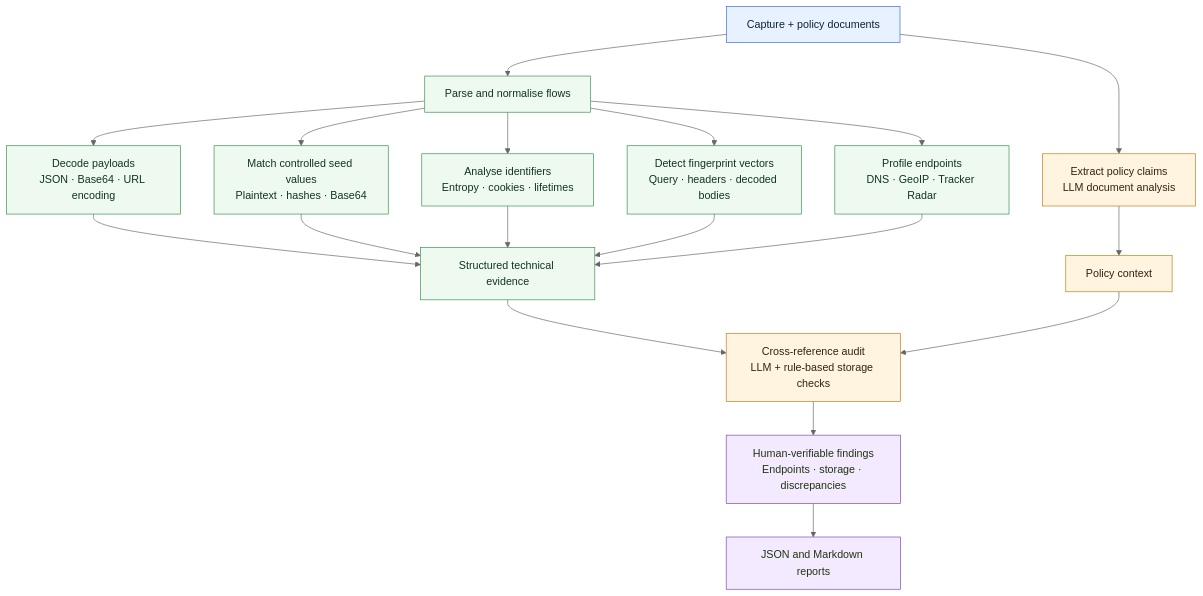
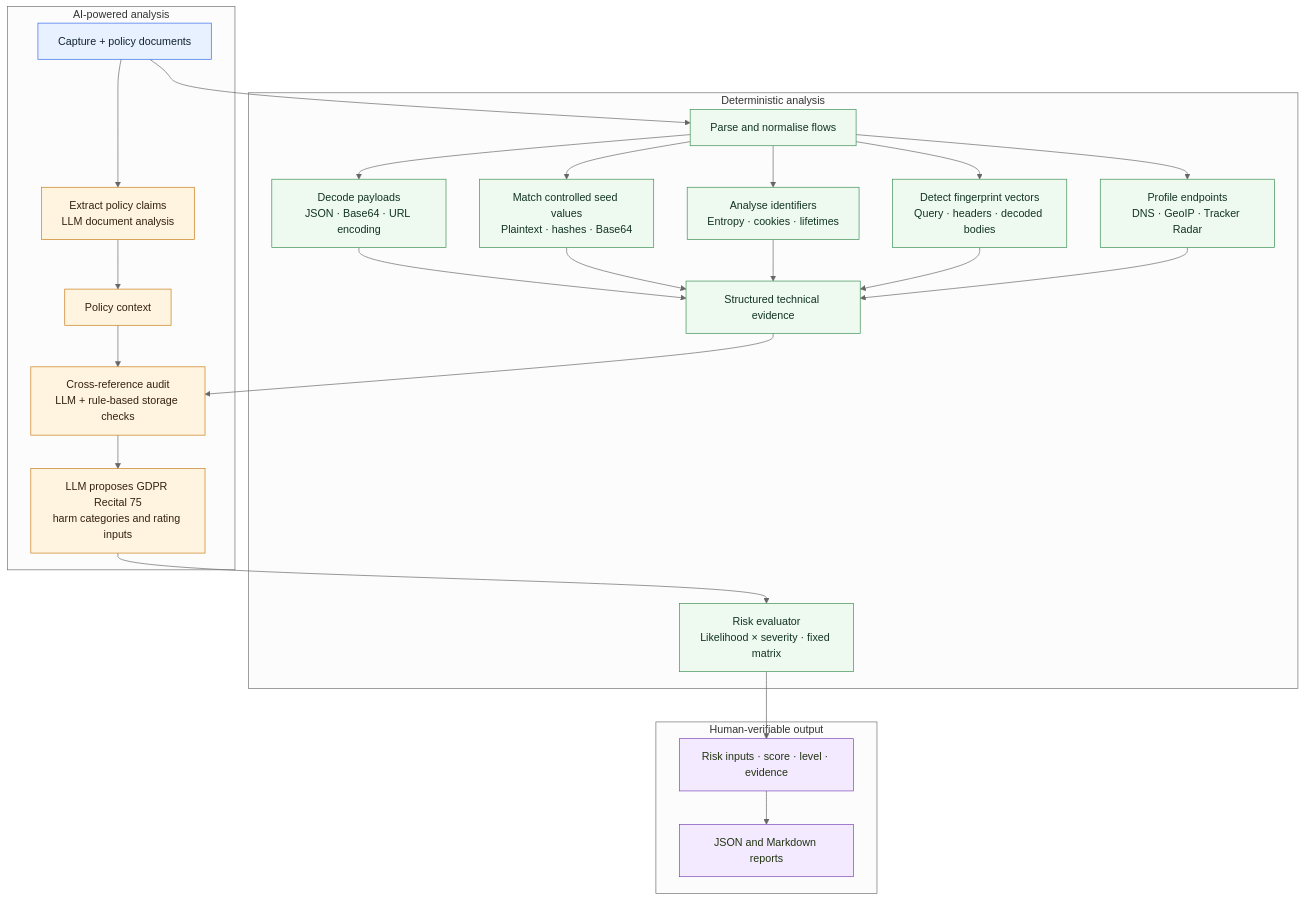
One commit to RillJ/data-flow-analyser changed the diagram in README.md. Above: the diagram before and after it, drawn with Mermaid (neutral theme). The commit also changed other lines of this file and 7 other files, not shown here.

Commit message:
Deterministic AI-powered risk eval, UX improvements

````diff
--- a/README.md
+++ b/README.md
@@ -170,34 +206,45 @@
 ```mermaid
 flowchart TD
     A["Capture + policy documents"] --> B["Parse and normalise flows"]
 
-    B --> C["Decode payloads\nJSON · Base64 · URL encoding"]
-    B --> D["Match controlled seed values\nPlaintext · hashes · Base64"]
-    B --> E["Analyse identifiers\nEntropy · cookies · lifetimes"]
-    B --> F["Detect fingerprint vectors\nQuery · headers · decoded bodies"]
-    B --> G["Profile endpoints\nDNS · GeoIP · Tracker Radar"]
+    subgraph DET["Deterministic analysis"]
+        B --> C["Decode payloads\nJSON · Base64 · URL encoding"]
+        B --> D["Match controlled seed values\nPlaintext · hashes · Base64"]
+        B --> E["Analyse identifiers\nEntropy · cookies · lifetimes"]
+        B --> F["Detect fingerprint vectors\nQuery · headers · decoded bodies"]
+        B --> G["Profile endpoints\nDNS · GeoIP · Tracker Radar"]
+        C --> I["Structured technical evidence"]
+        D --> I
+        E --> I
+        F --> I
+        G --> I
+        M["Risk evaluator\nLikelihood × severity · fixed matrix"]
+    end
 
-    A --> H["Extract policy claims\nLLM document analysis"]
+    subgraph AI["AI-powered analysis"]
+        A --> H["Extract policy claims\nLLM document analysis"]
+        H --> J["Policy context"]
+        I --> K["Cross-reference audit\nLLM + rule-based storage checks"]
+        J --> K
+        K --> L["LLM proposes GDPR Recital 75\nharm categories and rating inputs"]
+    end
 
-    C --> I["Structured technical evidence"]
-    D --> I
-    E --> I
-    F --> I
-    G --> I
+    subgraph OUT["Human-verifiable output"]
+        N["Risk inputs · score · level · evidence"]
+        O["JSON and Markdown reports"]
+    end
 
-    H --> J["Policy context"]
-    I --> K["Cross-reference audit\nLLM + rule-based storage checks"]
-    J --> K
-    K --> L["Human-verifiable findings\nEndpoints · storage · discrepancies"]
-    L --> M["JSON and Markdown reports"]
+    L --> M
+    M --> N
+    N --> O
 
     classDef input fill:#e8f1ff,stroke:#356ae6,color:#123;
     classDef analysis fill:#eef9f0,stroke:#3b8f52,color:#132;
     classDef model fill:#fff4df,stroke:#c77b16,color:#321;
     classDef output fill:#f3eaff,stroke:#7a45b5,color:#231;
 
     class A input;
-    class B,C,D,E,F,G,I analysis;
-    class H,J,K model;
-    class L,M output;
+    class B,C,D,E,F,G,I,M analysis;
+    class H,J,K,L model;
+    class N,O output;
 ```
````
